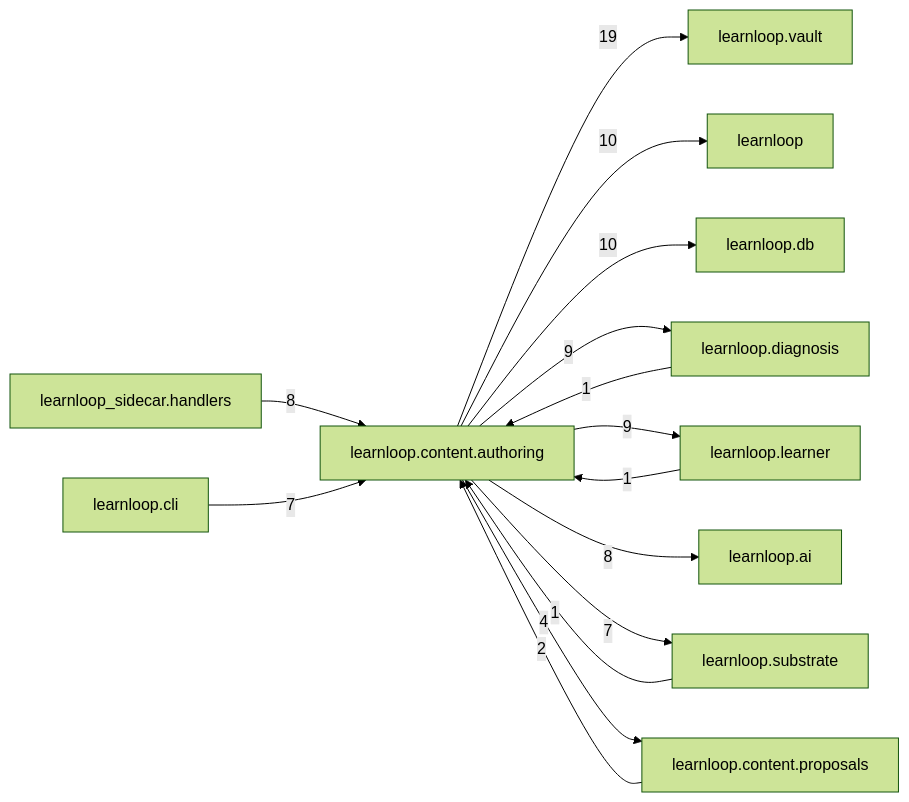
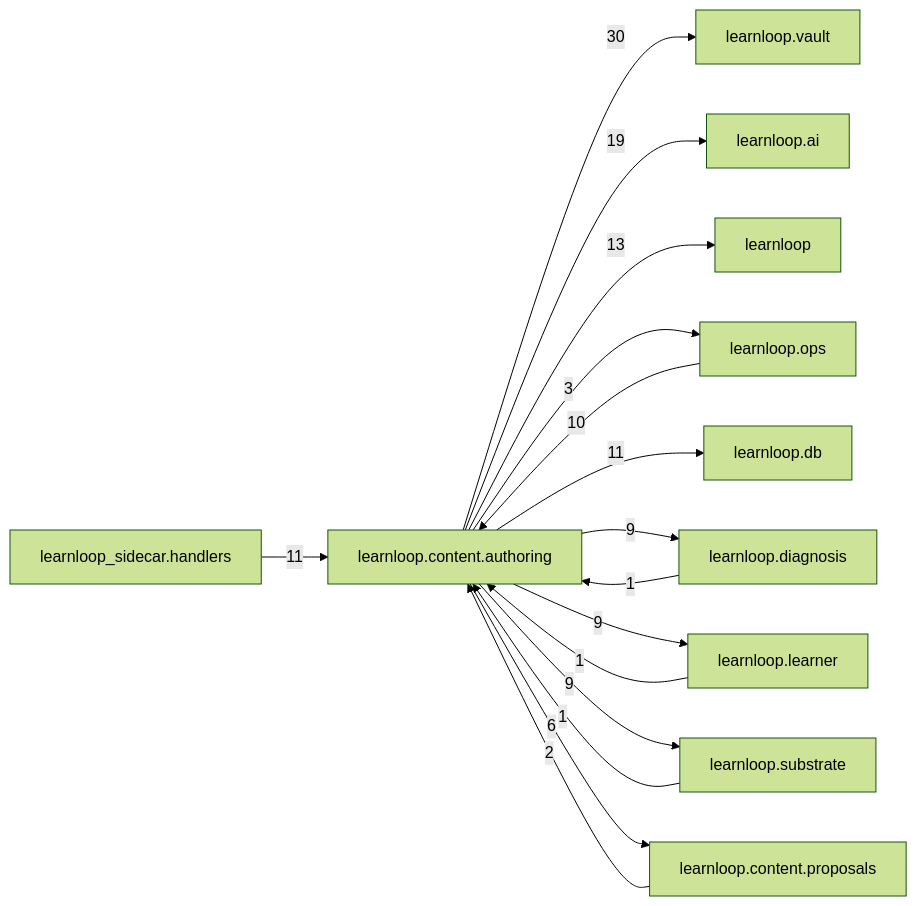
One commit to 6up-b/learnanything changed the diagram in docs/learnloop-architecture-vault/Reference/Modules/learnloop/content/authoring/_package.md. Above: the diagram before and after it, drawn with Mermaid (forest theme). The commit also changed other lines of this file and 1202 other files, not shown here.

````diff
--- a/docs/learnloop-architecture-vault/Reference/Modules/learnloop/content/authoring/_package.md
+++ b/docs/learnloop-architecture-vault/Reference/Modules/learnloop/content/authoring/_package.md
@@ -120,28 +140,29 @@
 ```mermaid
 flowchart LR
     center["learnloop.content.authoring"]
     n_learnloop_vault["learnloop.vault"]
+    n_learnloop_ai["learnloop.ai"]
     n_learnloop["learnloop"]
+    n_learnloop_ops["learnloop.ops"]
     n_learnloop_db["learnloop.db"]
+    n_learnloop_sidecar_handlers["learnloop_sidecar.handlers"]
     n_learnloop_diagnosis["learnloop.diagnosis"]
     n_learnloop_learner["learnloop.learner"]
-    n_learnloop_ai["learnloop.ai"]
     n_learnloop_substrate["learnloop.substrate"]
-    n_learnloop_sidecar_handlers["learnloop_sidecar.handlers"]
-    n_learnloop_cli["learnloop.cli"]
     n_learnloop_content_proposals["learnloop.content.proposals"]
-    center -->|19| n_learnloop_vault
-    center -->|10| n_learnloop
-    center -->|10| n_learnloop_db
+    center -->|30| n_learnloop_vault
+    center -->|19| n_learnloop_ai
+    center -->|13| n_learnloop
+    n_learnloop_ops -->|10| center
+    center -->|3| n_learnloop_ops
+    center -->|11| n_learnloop_db
+    n_learnloop_sidecar_handlers -->|11| center
     n_learnloop_diagnosis -->|1| center
     center -->|9| n_learnloop_diagnosis
     n_learnloop_learner -->|1| center
     center -->|9| n_learnloop_learner
-    center -->|8| n_learnloop_ai
     n_learnloop_substrate -->|1| center
-    center -->|7| n_learnloop_substrate
-    n_learnloop_sidecar_handlers -->|8| center
-    n_learnloop_cli -->|7| center
+    center -->|9| n_learnloop_substrate
     n_learnloop_content_proposals -->|2| center
-    center -->|4| n_learnloop_content_proposals
+    center -->|6| n_learnloop_content_proposals
 ```
````
